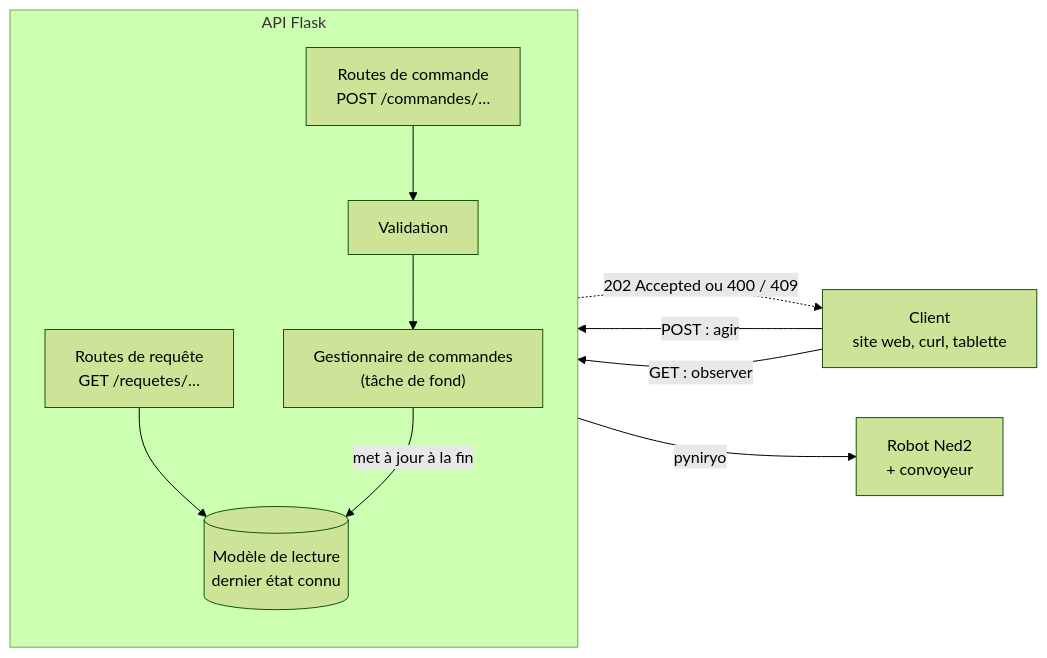
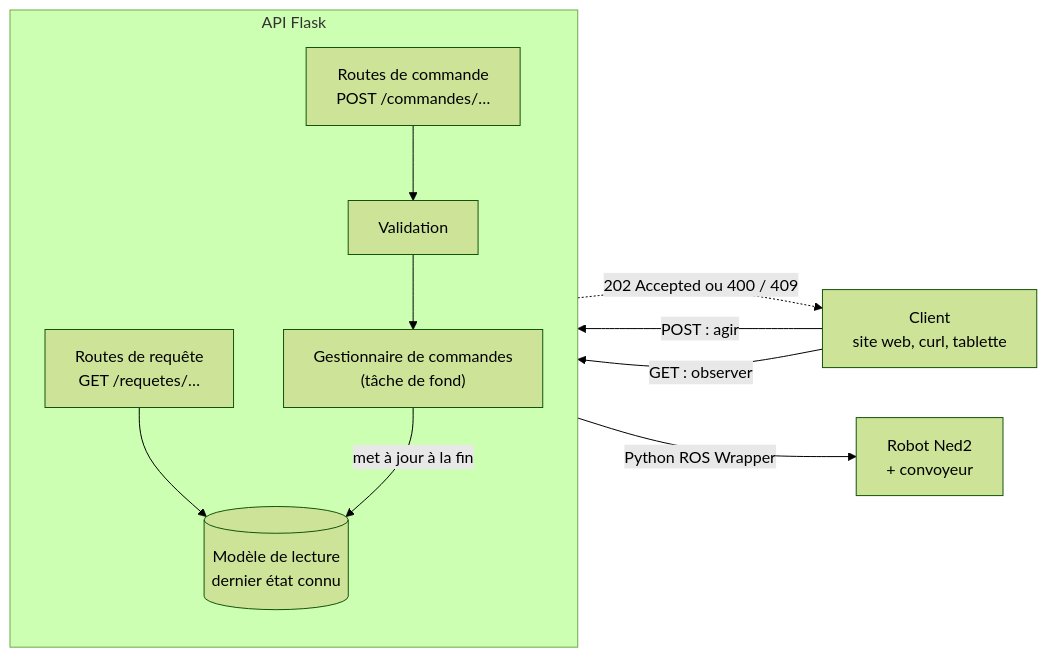
The first of 2 diagrams in cours/API_CQRS_REST_Flask.md (fabrice1618/niryo2), drawn with Mermaid (forest theme) before and after one commit. The commit also changed other lines of this file and 37 other files, not shown here.

First line of the commit message:
Option A : programme process et API sur le robot avec le Python ROS Wrapper

````diff
--- a/cours/API_CQRS_REST_Flask.md
+++ b/cours/API_CQRS_REST_Flask.md
@@ -143,15 +143,15 @@
 ```mermaid
 flowchart LR
     C["Client<br/>site web, curl, tablette"]
     subgraph API["API Flask"]
         direction TB
         RC["Routes de commande<br/>POST /commandes/…"] --> V["Validation"]
         V --> G["Gestionnaire de commandes<br/>(tâche de fond)"]
         RQ["Routes de requête<br/>GET /requetes/…"] --> ML[("Modèle de lecture<br/>dernier état connu")]
         G -- "met à jour à la fin" --> ML
     end
     C -- "POST : agir" --> RC
     C -- "GET : observer" --> RQ
     RC -. "202 Accepted ou 400 / 409" .-> C
-    G -- "pyniryo" --> R["Robot Ned2<br/>+ convoyeur"]
+    G -- "Python ROS Wrapper" --> R["Robot Ned2<br/>+ convoyeur"]
 ```
````
